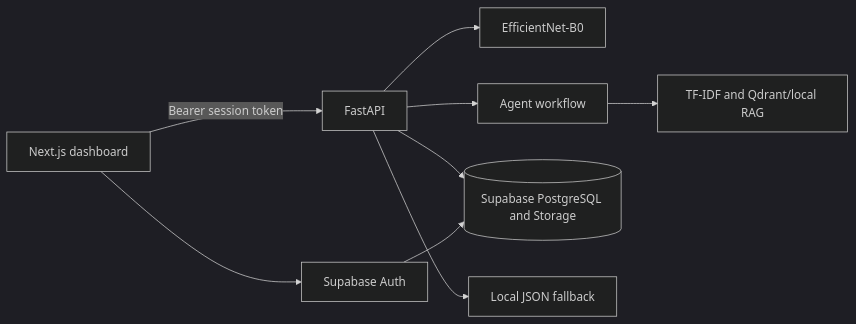
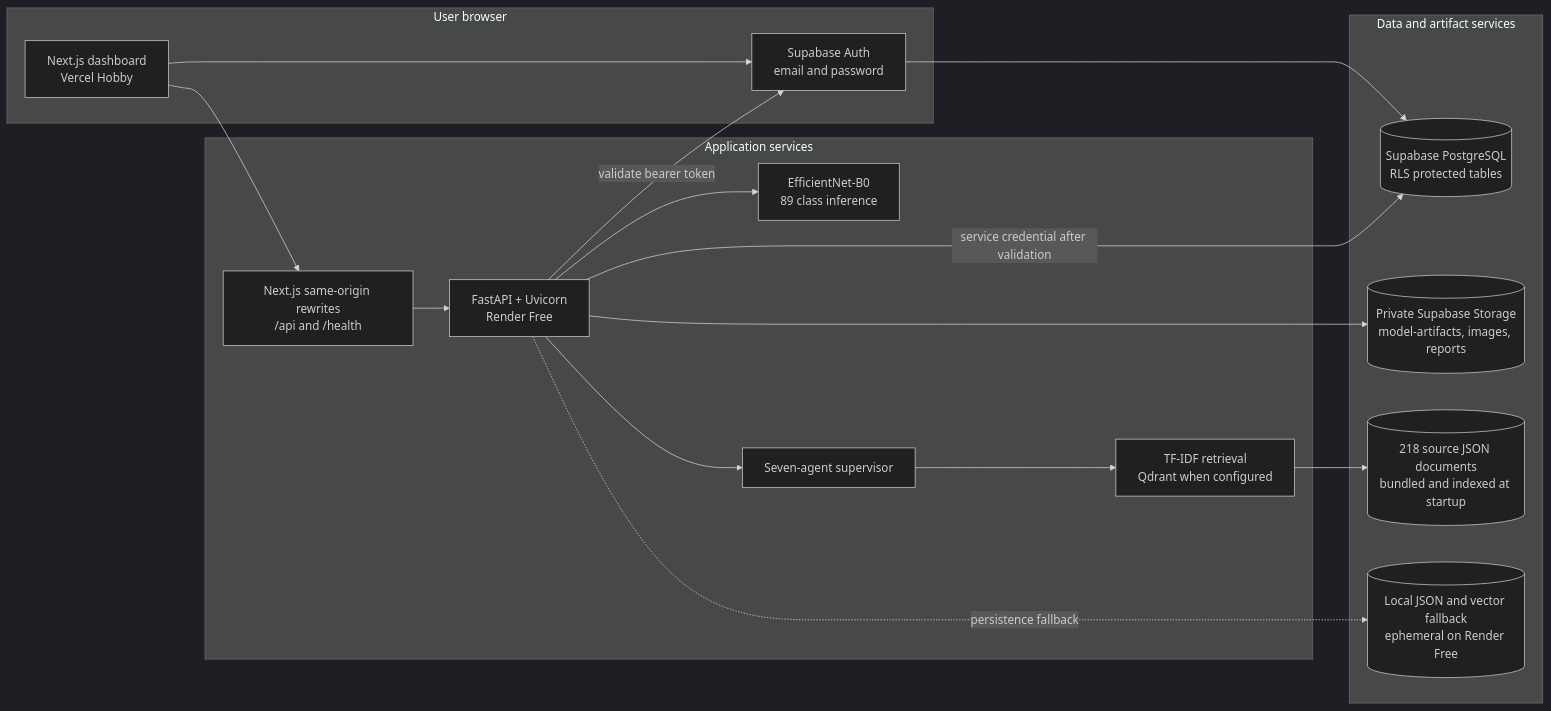
Before and after one commit to Pankaj429w63/Terramind-AI: the first of 6 diagrams in README.md, drawn with Mermaid (dark theme). The commit also changed other lines of this file and 179 other files, not shown here.

````diff
--- a/README.md
+++ b/README.md
@@ -17,11 +29,32 @@
 ```mermaid
 flowchart LR
-  UI[Next.js dashboard] -->|Bearer session token| API[FastAPI]
-  API --> MODEL[EfficientNet-B0]
-  API --> AGENTS[Agent workflow]
-  AGENTS --> RAG[TF-IDF and Qdrant/local RAG]
-  API --> DB[(Supabase PostgreSQL and Storage)]
-  API --> LOCAL[Local JSON fallback]
-  UI --> AUTH[Supabase Auth]
-  AUTH --> DB
+  subgraph Browser[User browser]
+    UI[Next.js dashboard<br/>Vercel Hobby]
+    AUTH[Supabase Auth<br/>email and password]
+  end
+
+  subgraph App[Application services]
+    PROXY[Next.js same-origin rewrites<br/>/api and /health]
+    API[FastAPI + Uvicorn<br/>Render Free]
+    MODEL[EfficientNet-B0<br/>89 class inference]
+    AGENTS[Seven-agent supervisor]
+    RAG[TF-IDF retrieval<br/>Qdrant when configured]
+  end
+
+  subgraph Data[Data and artifact services]
+    PG[(Supabase PostgreSQL<br/>RLS protected tables)]
+    STORE[(Private Supabase Storage<br/>model-artifacts, images, reports)]
+    KB[(218 source JSON documents<br/>bundled and indexed at startup)]
+    LOCAL[(Local JSON and vector fallback<br/>ephemeral on Render Free)]
+  end
+
+  UI --> PROXY --> API
+  UI --> AUTH --> PG
+  API -->|validate bearer token| AUTH
+  API -->|service credential after validation| PG
+  API --> STORE
+  API --> MODEL
+  API --> AGENTS --> RAG
+  RAG --> KB
+  API -. persistence fallback .-> LOCAL
 ```
````
